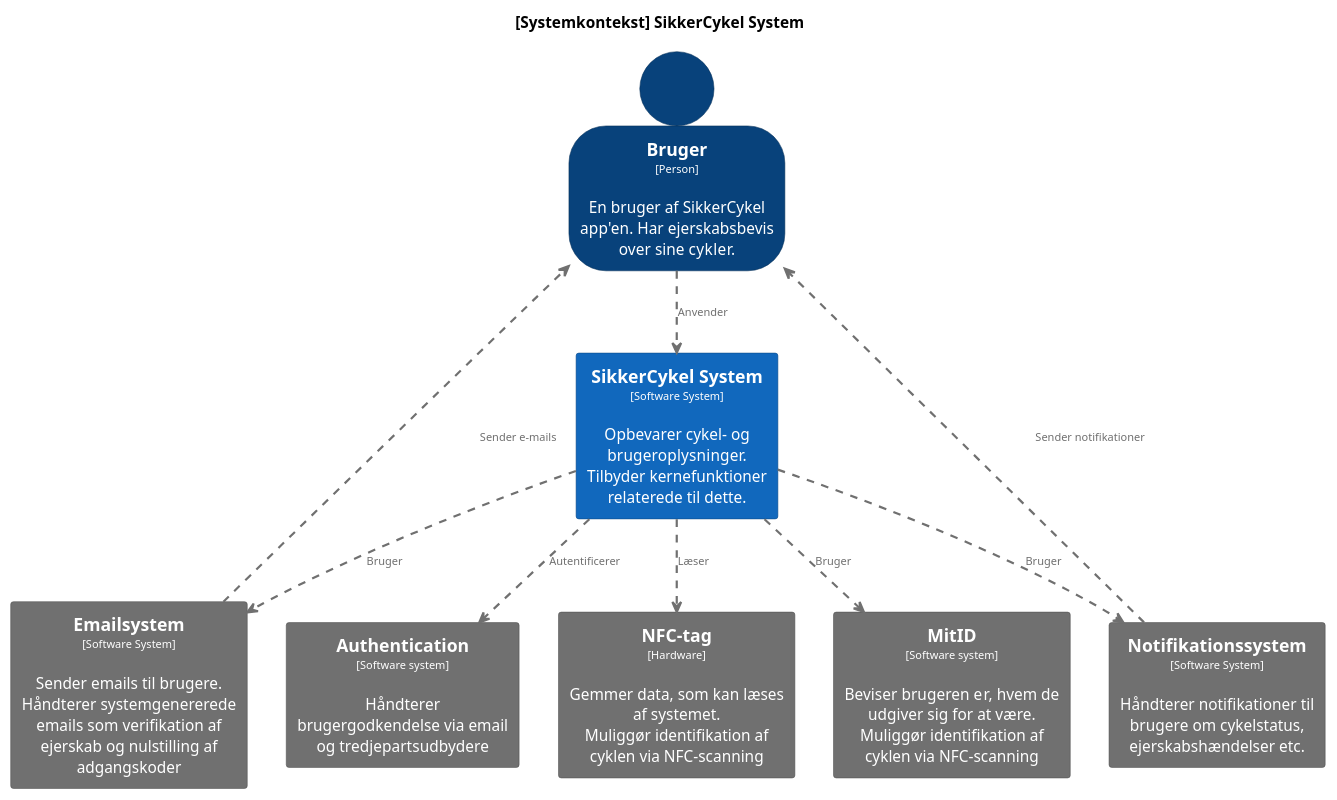
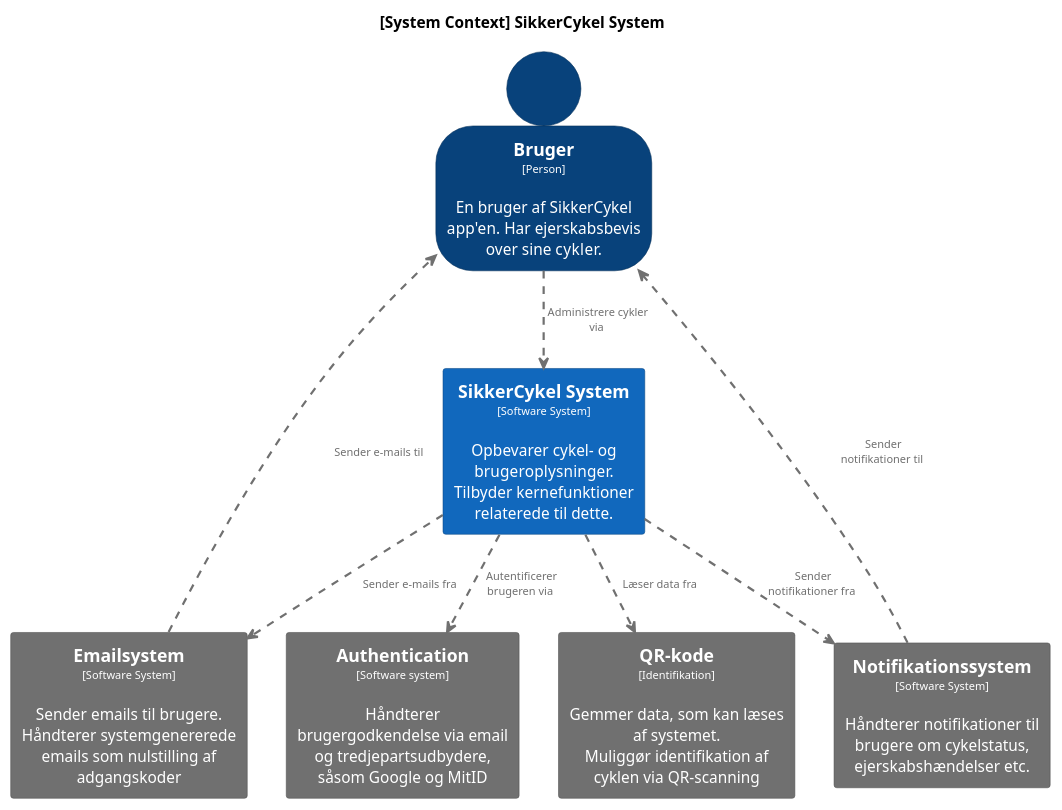
One commit to Sejehugo/SikkerCykel changed the diagram in out/PlantUML/c4niveau-niveau1.puml. Above: the diagram before and after it, drawn with PlantUML. The commit also changed 4 other files, not shown here.

Commit message:
C4 diagrammerne

```diff
--- a/out/PlantUML/c4niveau-niveau1.puml
+++ b/out/PlantUML/c4niveau-niveau1.puml
@@ -1,104 +1,89 @@
-@startuml c4niveau2
+@startuml c4niveau-niveau1-bruger
 set separator none
-title [Systemkontekst] SikkerCykel System
+title [System Context] SikkerCykel System
 
 top to bottom direction
 
 skinparam {
   arrowFontSize 10
   defaultTextAlignment center
   wrapWidth 200
   maxMessageSize 100
 }
-
 hide stereotype
 
 skinparam person<<SystemAdminstrator>> {
   BackgroundColor #lightgrey
   FontColor #black
   BorderColor #052e56
   shadowing false
 }
 skinparam person<<AnonymousUser>> {
   BackgroundColor #08427b
   FontColor #ffffff
   BorderColor #052e56
   shadowing false
 }
 skinparam rectangle<<ExternalSystem>> {
   BackgroundColor #1168bd
   FontColor #ffffff
   BorderColor #0b4884
   shadowing false
 }
 skinparam rectangle<<SikkerCykelSystem>> {
   BackgroundColor #1168bd
   FontColor #ffffff
   BorderColor #0b4884
   shadowing false
 }
 skinparam person<<User>> {
   BackgroundColor #08427b
   FontColor #ffffff
   BorderColor #052e56
   shadowing false
 }
 skinparam person<<PoliceOfficer>> {
   BackgroundColor #08427b
   FontColor #ffffff
   BorderColor #052e56
   shadowing false
 }
 skinparam person<<BicycleImporter>> {
   BackgroundColor #08427b
   FontColor #ffffff
   BorderColor #052e56
   shadowing false
 }
 skinparam person<<BicycleDealer>> {
   BackgroundColor #08427b
   FontColor #ffffff
   BorderColor #052e56
   shadowing false
 }
 
 ' Grå bokse til Emailsystem, Firebase, Google Login og NFC-chip
 skinparam rectangle<<GrayBox>> {
   BackgroundColor #707070
   FontColor #ffffff
   BorderColor #505050
   shadowing false
 }
 
 person "==Bruger\n<size:10>[Person]</size>\n\nEn bruger af SikkerCykel app'en. Har ejerskabsbevis over sine cykler." <<User>> as Bruger
-' person "==Anonym Bruger\n<size:10>[Person]</size>\n\nEn bruger uden login. \nKan scanne NFC-tags for cykelstatus" <<AnonymousUser>> as AnonymBruger
-' person "==Politibetjent\n<size:10>[Person]</size>\n\nPolitiet tjekker status for stjålne cykler." <<PoliceOfficer>> as PolitiBetjent
-' person "==Cykel importør\n<size:10>[Person]</size>\n\nCykelimportører registrerer sig som førstegangs ejer af cykler i systemet. Indtaster de oprindelige oplysninger for cykler." <<BicycleImporter>> as Cykelimportoer
-' person "==Cykelforhandler\n<size:10>[Person]</size>\n\nCykelforhandlere modtager og videregiver ejerskab af cykler." <<BicycleDealer>> as CykelForhandler
-' person "==System adminstrator\n<size:10>[Person]</size>\n\nEn forhøjet bruger af SikkerCykel app'en.\nAdministrerer fejlrapportering" <<SystemAdminstrator>> as SystemAdminstrator
 
 rectangle "==SikkerCykel System\n<size:10>[Software System]</size>\n\nOpbevarer cykel- og brugeroplysninger.\nTilbyder kernefunktioner relaterede til dette." <<SikkerCykelSystem>> as SikkerCykelSystem
-rectangle "==Emailsystem\n<size:10>[Software System]</size>\n\nSender emails til brugere.\nHåndterer systemgenererede emails som verifikation af ejerskab og nulstilling af adgangskoder" <<GrayBox>> as Email
+
+rectangle "==Emailsystem\n<size:10>[Software System]</size>\n\nSender emails til brugere.\nHåndterer systemgenererede emails som nulstilling af adgangskoder" <<GrayBox>> as Email
+rectangle "==Authentication\n<size:10>[Software system]</size>\n\nHåndterer brugergodkendelse via email og tredjepartsudbydere, såsom Google og MitID" <<GrayBox>> as Authentication
+rectangle "==QR-kode\n<size:10>[Identifikation]</size>\n\nGemmer data, som kan læses af systemet.\nMuliggør identifikation af cyklen via QR-scanning" <<GrayBox>> as QRKodeIngraveretICykel
 rectangle "==Notifikationssystem\n<size:10>[Software System]</size>\n\nHåndterer notifikationer til brugere om cykelstatus, ejerskabshændelser etc." <<GrayBox>> as Notifikation
-rectangle "==Authentication\n<size:10>[Software system]</size>\n\nHåndterer brugergodkendelse via email og tredjepartsudbydere" <<GrayBox>> as Authentication
-rectangle "==NFC-tag\n<size:10>[Hardware]</size>\n\nGemmer data, som kan læses af systemet.\nMuliggør identifikation af cyklen via NFC-scanning" <<GrayBox>> as NFCchipindlejretiKlistermaerke
-rectangle "==MitID\n<size:10>[Software system]</size>\n\nBeviser brugeren er, hvem de udgiver sig for at være.\nMuliggør identifikation af cyklen via NFC-scanning" <<GrayBox>> as MitID
 
-SikkerCykelSystem .[#707070,thickness=2].> Authentication : "<color:#707070>Autentificerer"
-
-Bruger .[#707070,thickness=2].> SikkerCykelSystem : "<color:#707070>Anvender"
-
-' AnonymBruger .[#707070,thickness=2].> SikkerCykelSystem : "<color:#707070>Anvender"
-' PolitiBetjent .[#707070,thickness=2].> SikkerCykelSystem : "<color:#707070>Anvender"
-' CykelForhandler .[#707070,thickness=2].> SikkerCykelSystem : "<color:#707070>Anvender"
-' Cykelimportoer .[#707070,thickness=2].> SikkerCykelSystem : "<color:#707070>Anvender"
-' SystemAdminstrator .[#707070,thickness=2].> SikkerCykelSystem : "<color:#707070>Administrerer"
-SikkerCykelSystem .[#707070,thickness=2].> Email : "<color:#707070>Bruger"
-SikkerCykelSystem .[#707070,thickness=2].> Notifikation : "<color:#707070>Bruger"
-SikkerCykelSystem .[#707070,thickness=2].> NFCchipindlejretiKlistermaerke : "<color:#707070>Læser"
-SikkerCykelSystem .[#707070,thickness=2].> MitID : "<color:#707070>Bruger"
-Email .[#707070,thickness=2].> Bruger: "<color:#707070>Sender e-mails"
-Notifikation .[#707070,thickness=2].> Bruger: "<color:#707070>Sender notifikationer"
-
+Bruger .[#707070,thickness=2].> SikkerCykelSystem : "<color:#707070> Administrere cykler via"
+SikkerCykelSystem .[#707070,thickness=2].> Authentication : "<color:#707070> Autentificerer brugeren via"
+SikkerCykelSystem .[#707070,thickness=2].> Email : "<color:#707070> Sender e-mails fra"
+SikkerCykelSystem .[#707070,thickness=2].> Notifikation : "<color:#707070> Sender notifikationer fra"
+SikkerCykelSystem .[#707070,thickness=2].> QRKodeIngraveretICykel : "<color:#707070> Læser data fra"
+Email .[#707070,thickness=2].> Bruger: "<color:#707070> Sender e-mails til"
+Notifikation .[#707070,thickness=2].> Bruger: "<color:#707070> Sender notifikationer til"
 
 @enduml
```
